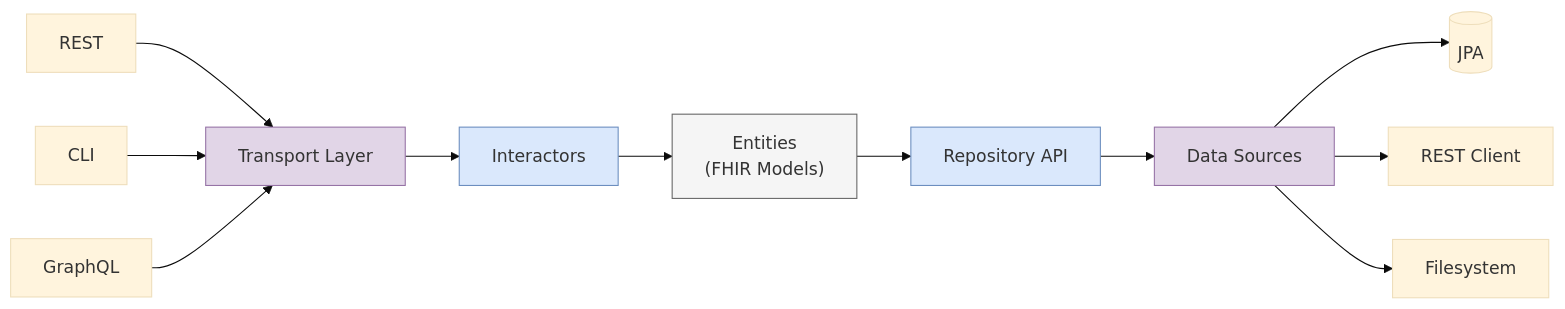
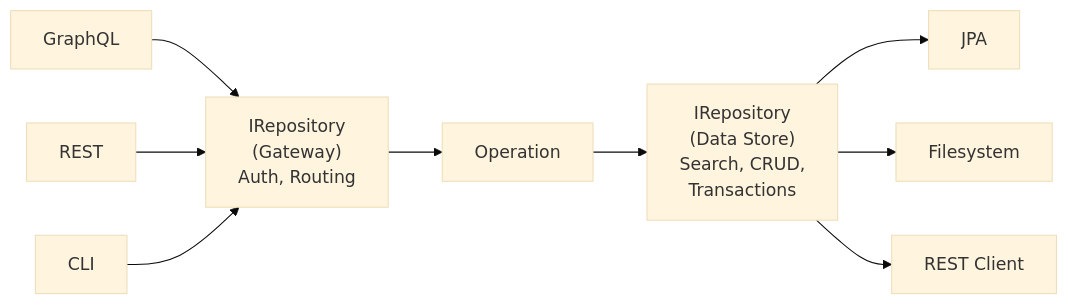
Before and after one commit to cqframework/clinical-reasoning: the second of 6 diagrams in docs/src/doc/docs/developer-guide.md, drawn with Mermaid (base theme). The commit also changed other lines of this file and 2 other files, not shown here.

````diff
--- a/docs/src/doc/docs/developer-guide.md
+++ b/docs/src/doc/docs/developer-guide.md
@@ -167,21 +170,10 @@
 ```mermaid
 graph LR
-    REST["REST"] --> TL
-    CLI["CLI"] --> TL
-    GraphQL["GraphQL"] --> TL
-
-    TL["Transport Layer"] --> INT["Interactors"]
-    INT --> ENT["Entities<br/>(FHIR Models)"]
-    ENT --> REPO["Repository API"]
-    REPO --> DS["Data Sources"]
-
-    DS --> JPA[("JPA")]
-    DS --> RC["REST Client"]
-    DS --> FS["Filesystem"]
-
-    style TL fill:#e1d5e7,stroke:#9673a6
-    style DS fill:#e1d5e7,stroke:#9673a6
-    style INT fill:#dae8fc,stroke:#6c8ebf
-    style REPO fill:#dae8fc,stroke:#6c8ebf
-    style ENT fill:#f5f5f5,stroke:#666
+    GRAPHQL["GraphQL"] --> R1
+    REST["REST"] --> R1
+    CLI["CLI"] --> R1
+    R1["IRepository<br/>(Gateway)<br/>Auth, Routing"] --> Op["Operation"] --> R2["IRepository<br/>(Data Store)<br/>Search, CRUD,<br/>Transactions"]
+    R2 --> JPA["JPA"]
+    R2 --> FS["Filesystem"]
+    R2 --> RC["REST Client"]
 ```
````
